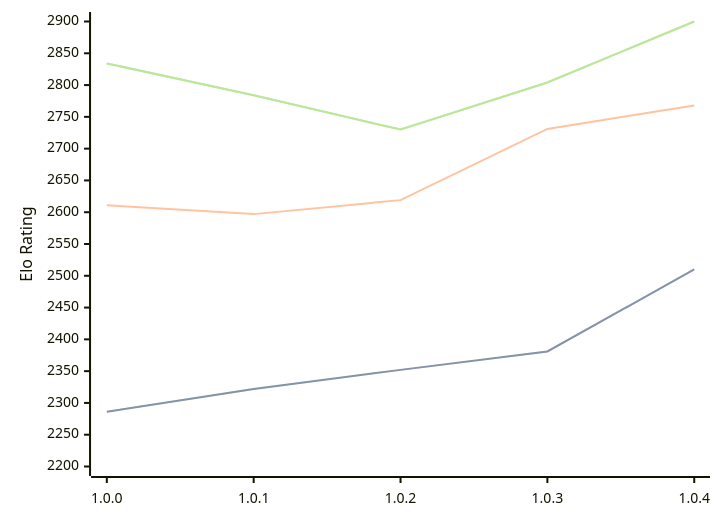
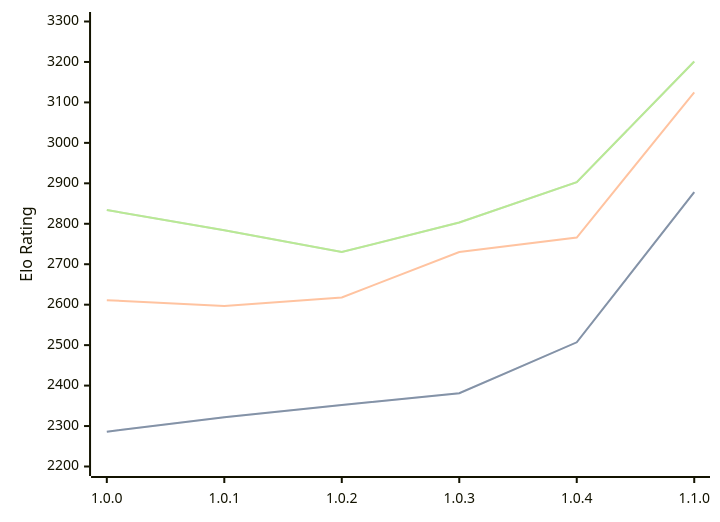
The diagram in engines/Grail.md (computer-chess-index/cci), drawn with Mermaid before and after one commit. The commit also changed other lines of this file, not shown here.

Commit message:
Update CCI Ratings (ELO VLTC) - 2026-03-01

````diff
--- a/engines/Grail.md
+++ b/engines/Grail.md
@@ -33,11 +34,11 @@
 ```mermaid
 %%{init: {"theme":"base","themeVariables":{"seriesColors:['#a3a3a3','#222221','#faa371']}}}%%
 xychart-beta
-  x-axis ["1.0.0", "1.0.1", "1.0.2", "1.0.3", "1.0.4"]
-  y-axis "Elo Rating" 2200 --> 2900
-  line "STC (8.0+0.08s)" [2286, 2322, 2352, 2381, 2510]
-  line "STC (8.0+0.08s)" [2286, 2322, 2352, 2381, 2510]
-  line "LTC (60.0+0.60s)" [2611, 2597, 2619, 2731, 2768]
-  line "VLTC (2m24s+1.12s)" [2834, 2784, 2730, 2804, 2900]
-  line "VLTC (2m24s+1.12s)" [2834, 2784, 2730, 2804, 2900]
+  x-axis ["1.0.0", "1.0.1", "1.0.2", "1.0.3", "1.0.4", "1.1.0"]
+  y-axis "Elo Rating" 2200 --> 3300
+  line "STC (8.0+0.08s)" [2286, 2322, 2352, 2381, 2507, 2878]
+  line "STC (8.0+0.08s)" [2286, 2322, 2352, 2381, 2507, 2878]
+  line "LTC (60.0+0.60s)" [2611, 2597, 2618, 2730, 2766, 3125]
+  line "VLTC (2m24s+1.12s)" [2834, 2784, 2730, 2803, 2903, 3201]
+  line "VLTC (2m24s+1.12s)" [2834, 2784, 2730, 2803, 2903, 3201]
 ```
````
